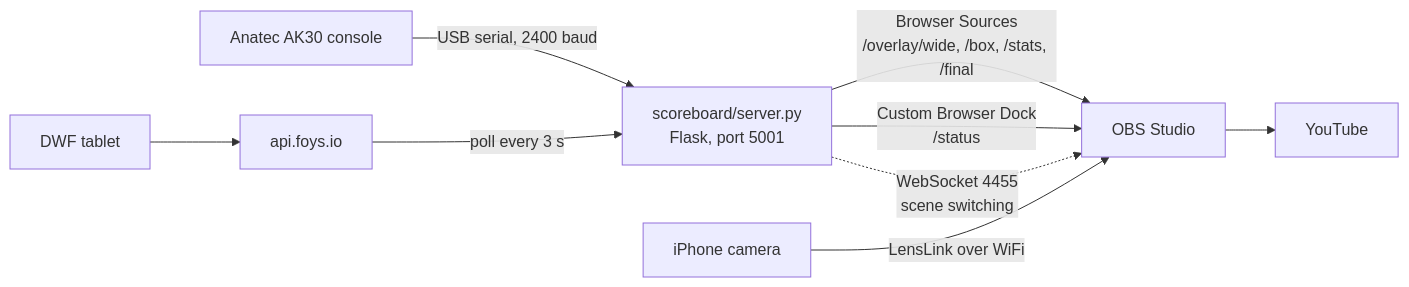
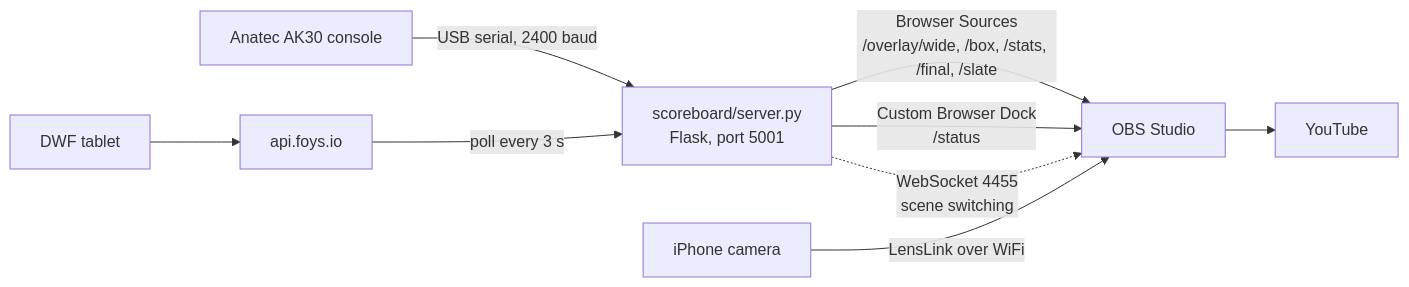
Before and after one commit to apaiva58/anatec-ak30-obs-overlay: the diagram in README.md, drawn with Mermaid. The commit also changed other lines of this file and 6 other files, not shown here.

Commit message:
docs: scene switching as roles; minimal and example OBS setups Final scene is Scène 6: Final Slate; /overlay/slate documented; match-day steps 7-8 clarified

````diff
--- a/README.md
+++ b/README.md
@@ -36,12 +36,12 @@
 ```mermaid
 flowchart LR
     AK30[Anatec AK30 console] -- "USB serial, 2400 baud" --> S
     DWF[DWF tablet] --> FOYS[api.foys.io]
     FOYS -- "poll every 3 s" --> S
     S["scoreboard/server.py<br/>Flask, port 5001"]
-    S -- "Browser Sources<br/>/overlay/wide, /box, /stats, /final" --> OBS[OBS Studio]
+    S -- "Browser Sources<br/>/overlay/wide, /box, /stats, /final, /slate" --> OBS[OBS Studio]
     S -- "Custom Browser Dock<br/>/status" --> OBS
     S -. "WebSocket 4455<br/>scene switching" .-> OBS
     PH[iPhone camera] -- "LensLink over WiFi" --> OBS
     OBS --> YT[YouTube]
 ```
````
